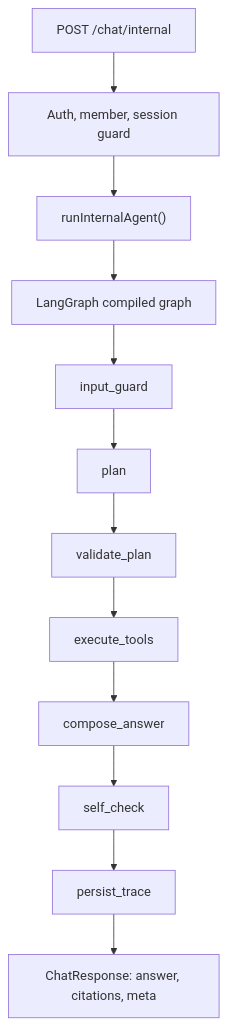
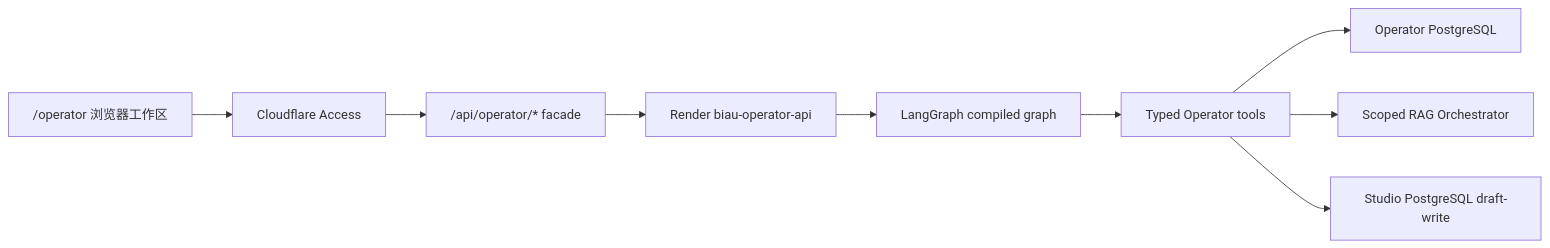
One commit to Drew-Z/biau changed the diagram in docs/internal-assistant-agent-workspace.md. Above: the diagram before and after it, drawn with Mermaid. The commit also changed other lines of this file and 84 other files, not shown here.

Commit message:
feat: replace internal assistant with site operator

````diff
--- a/docs/internal-assistant-agent-workspace.md
+++ b/docs/internal-assistant-agent-workspace.md
@@ -18,14 +19,11 @@
 ```mermaid
-flowchart TD
-  A["POST /chat/internal"] --> B["Auth, member, session guard"]
-  B --> C["runInternalAgent()"]
-  C --> D["LangGraph compiled graph"]
-  D --> E["input_guard"]
-  E --> F["plan"]
-  F --> G["validate_plan"]
-  G --> H["execute_tools"]
-  H --> I["compose_answer"]
-  I --> J["self_check"]
-  J --> K["persist_trace"]
-  K --> L["ChatResponse: answer, citations, meta"]
+flowchart LR
+  Browser["/operator 浏览器工作区"] --> Access["Cloudflare Access"]
+  Access --> Facade["/api/operator/* facade"]
+  Facade --> API["Render biau-operator-api"]
+  API --> Graph["LangGraph compiled graph"]
+  Graph --> Tools["Typed Operator tools"]
+  Tools --> OwnerDB["Operator PostgreSQL"]
+  Tools --> RAG["Scoped RAG Orchestrator"]
+  Tools --> StudioDB["Studio PostgreSQL draft-write"]
 ```
````
